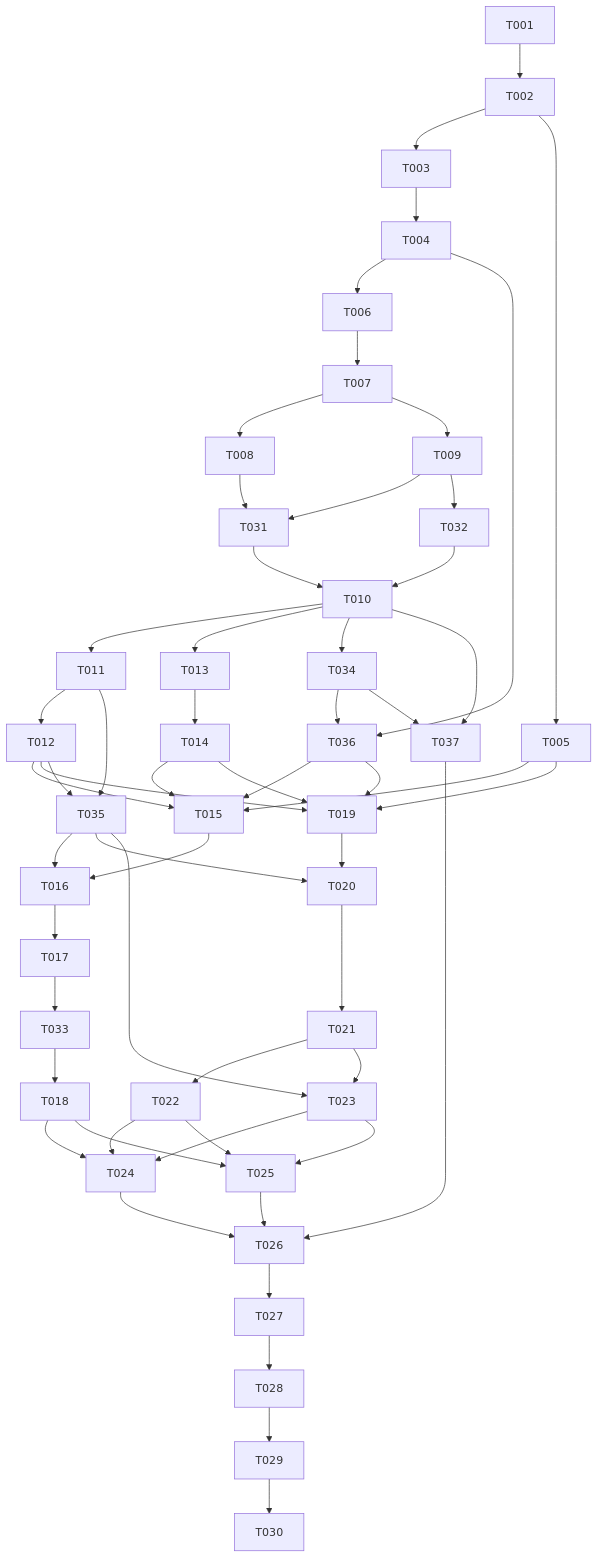
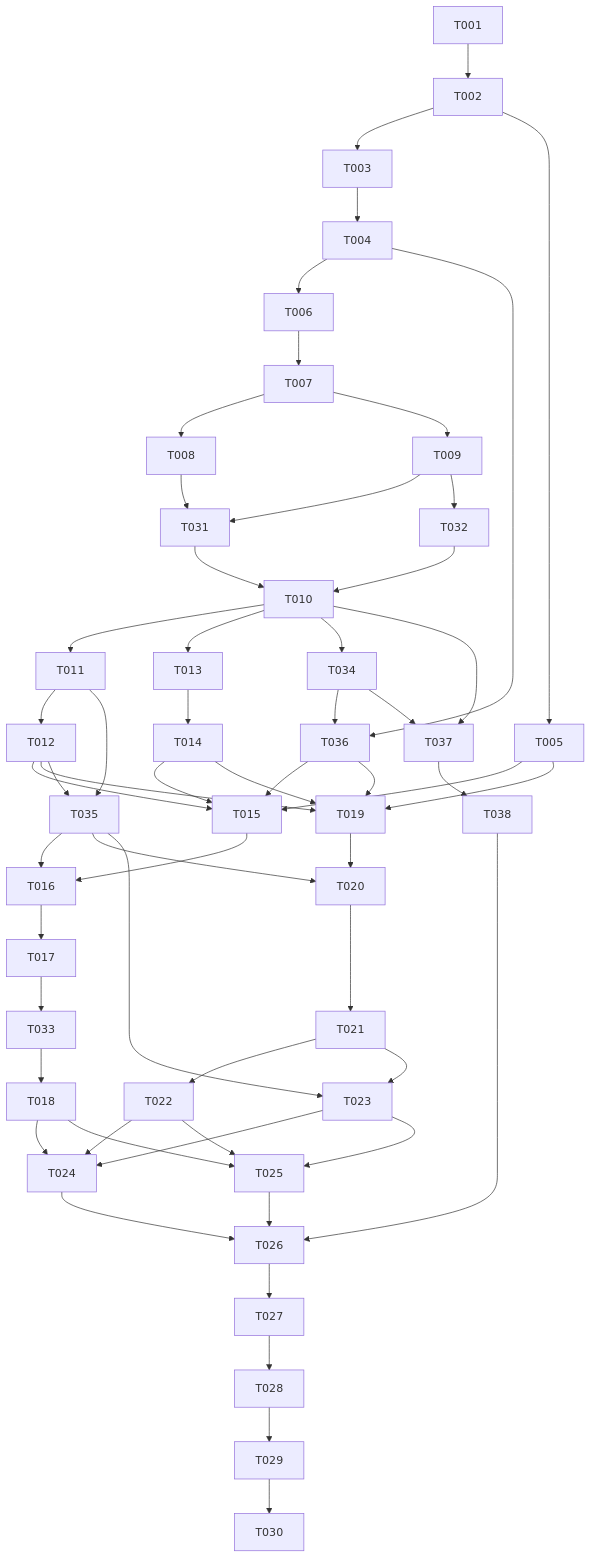
One commit to ronronner02/multi-agent changed the diagram in docs/tasks/2026-10-13-001-feat-multi-agent-team-tasks.md. Above: the diagram before and after it, drawn with Mermaid. The commit also changed other lines of this file and 2 other files, not shown here.

````diff
--- a/docs/tasks/2026-10-13-001-feat-multi-agent-team-tasks.md
+++ b/docs/tasks/2026-10-13-001-feat-multi-agent-team-tasks.md
@@ -118,46 +118,47 @@
 ```mermaid
 flowchart TD
   T001 --> T002
   T002 --> T003 --> T004 --> T006 --> T007
   T002 --> T005
   T007 --> T008
   T007 --> T009
   T008 --> T031
   T009 --> T031
   T009 --> T032
   T031 --> T010
   T032 --> T010
   T010 --> T011 --> T012
   T010 --> T013 --> T014
   T012 --> T015
   T014 --> T015
   T005 --> T015
   T015 --> T016 --> T017 --> T033 --> T018
   T012 --> T019
   T014 --> T019
   T005 --> T019
   T019 --> T020 --> T021
   T021 --> T022
   T021 --> T023
   T018 --> T024
   T022 --> T024
   T023 --> T024
   T018 --> T025
   T022 --> T025
   T023 --> T025
   T024 --> T026
   T025 --> T026
   T010 --> T034 --> T036
   T010 --> T037
   T034 --> T037
-  T037 --> T026
+  T037 --> T038
+  T038 --> T026
   T004 --> T036
   T036 --> T015
   T036 --> T019
   T011 --> T035
   T012 --> T035
   T035 --> T016
   T035 --> T020
   T035 --> T023
   T026 --> T027 --> T028 --> T029 --> T030
 ```
````
